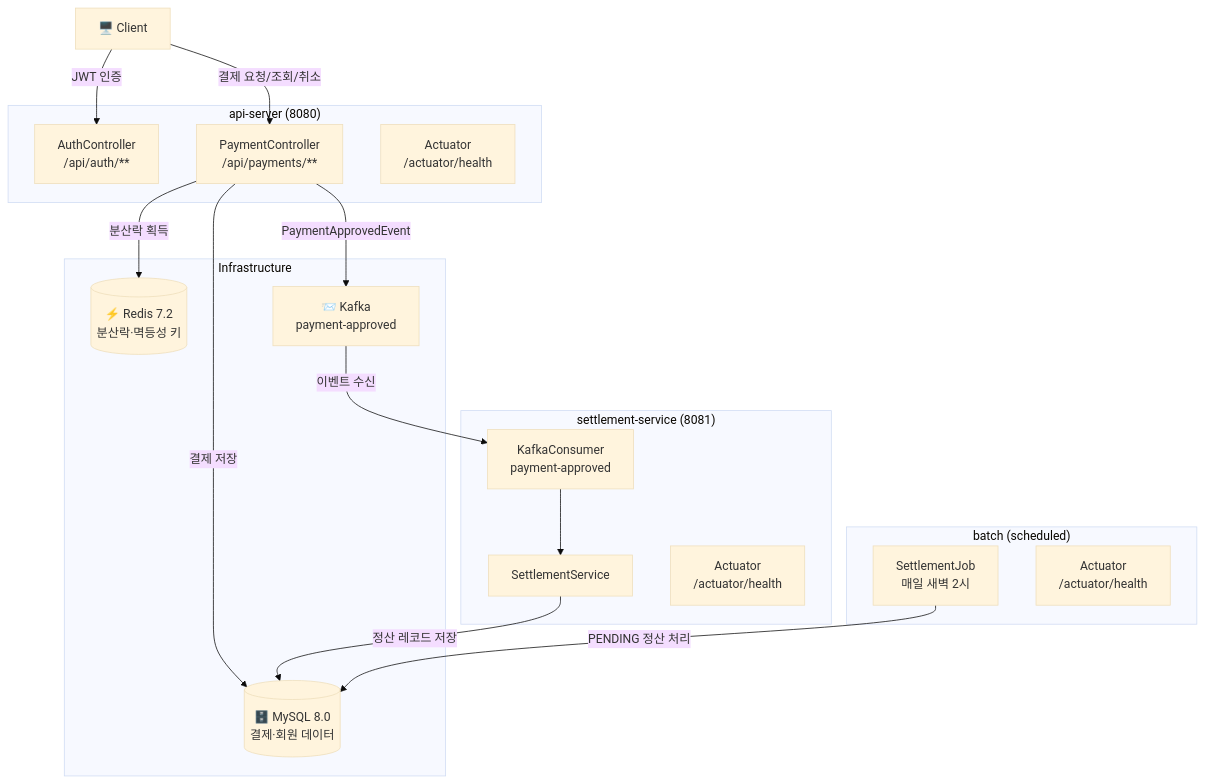
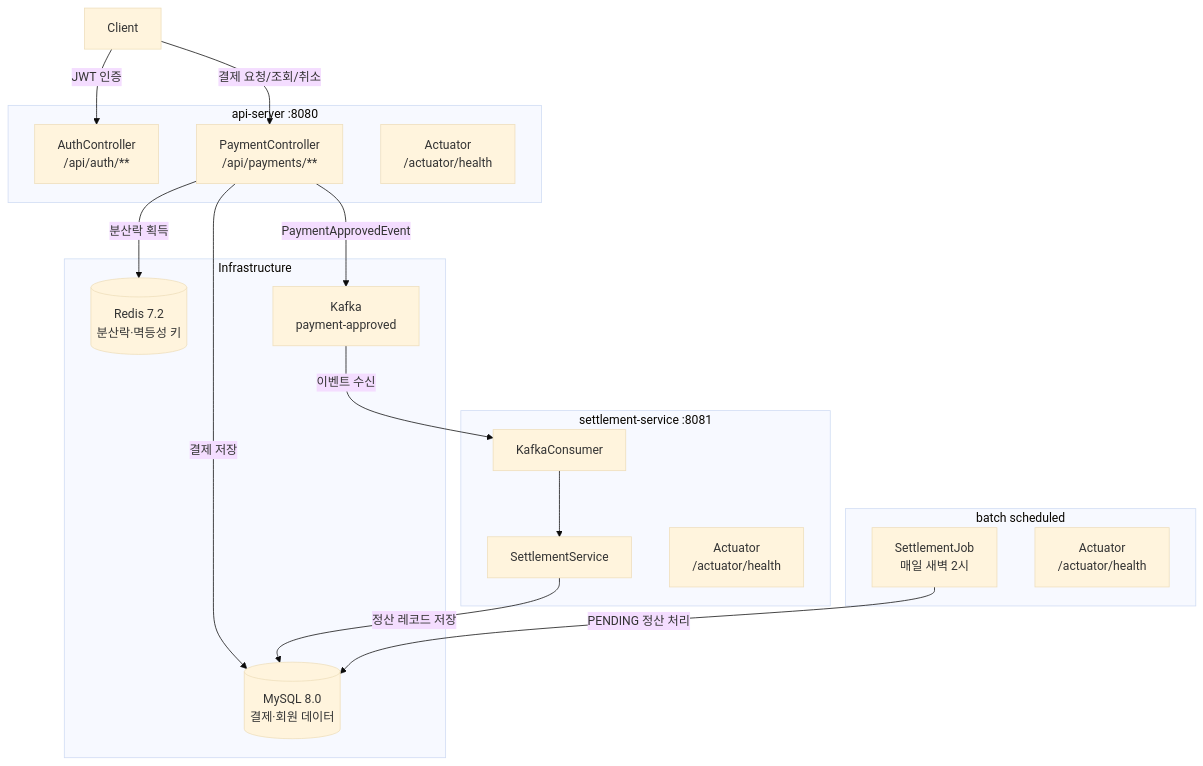
Before and after one commit to Yunisung/payment-platform: the first of 2 diagrams in README.md, drawn with Mermaid (base theme). The commit also changed other lines of this file, not shown here.

Commit message:
문서: README Mermaid 다이어그램 렌더링 오류 수정
- 노드 레이블 내 \n을 <br/>로 교체 (GitHub Mermaid 파서 호환)
- 노드 레이블 내 이모지 제거 (파싱 오류 원인)
- subgraph 이름의 특수문자 제거

````diff
--- a/README.md
+++ b/README.md
@@ -22,37 +22,37 @@
 ```mermaid
 graph TB
-    Client["🖥️ Client"]
+    Client["Client"]
 
-    subgraph api["api-server (8080)"]
-        AC["AuthController\n/api/auth/**"]
-        PC["PaymentController\n/api/payments/**"]
-        ACT1["Actuator\n/actuator/health"]
+    subgraph api["api-server :8080"]
+        AC["AuthController<br/>/api/auth/**"]
+        PC["PaymentController<br/>/api/payments/**"]
+        ACT1["Actuator<br/>/actuator/health"]
     end
 
     subgraph infra["Infrastructure"]
-        MySQL[("🗄️ MySQL 8.0\n결제·회원 데이터")]
-        Redis[("⚡ Redis 7.2\n분산락·멱등성 키")]
-        Kafka["📨 Kafka\npayment-approved"]
+        MySQL[("MySQL 8.0<br/>결제·회원 데이터")]
+        Redis[("Redis 7.2<br/>분산락·멱등성 키")]
+        Kafka["Kafka<br/>payment-approved"]
     end
 
-    subgraph settlement["settlement-service (8081)"]
-        KC["KafkaConsumer\npayment-approved"]
+    subgraph settlement["settlement-service :8081"]
+        KC["KafkaConsumer"]
         SS["SettlementService"]
-        ACT2["Actuator\n/actuator/health"]
+        ACT2["Actuator<br/>/actuator/health"]
     end
 
-    subgraph batch["batch (scheduled)"]
-        SJ["SettlementJob\n매일 새벽 2시"]
-        ACT3["Actuator\n/actuator/health"]
+    subgraph batch["batch scheduled"]
+        SJ["SettlementJob<br/>매일 새벽 2시"]
+        ACT3["Actuator<br/>/actuator/health"]
     end
 
     Client -->|"JWT 인증"| AC
     Client -->|"결제 요청/조회/취소"| PC
     PC -->|"결제 저장"| MySQL
     PC -->|"분산락 획득"| Redis
     PC -->|"PaymentApprovedEvent"| Kafka
     Kafka -->|"이벤트 수신"| KC
     KC --> SS
     SS -->|"정산 레코드 저장"| MySQL
     SJ -->|"PENDING 정산 처리"| MySQL
 ```
````
